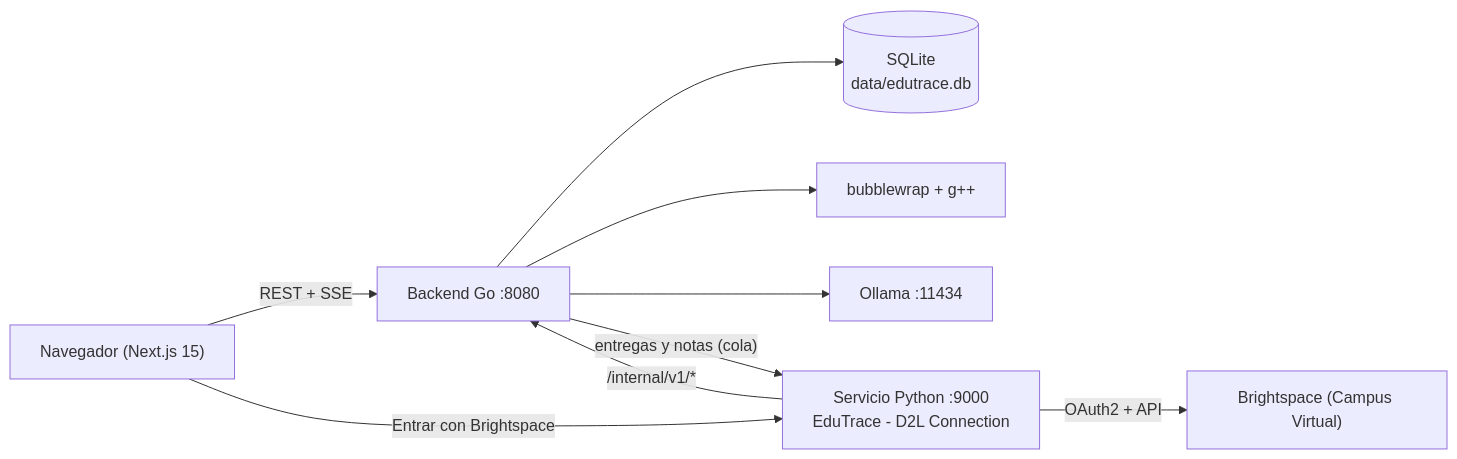
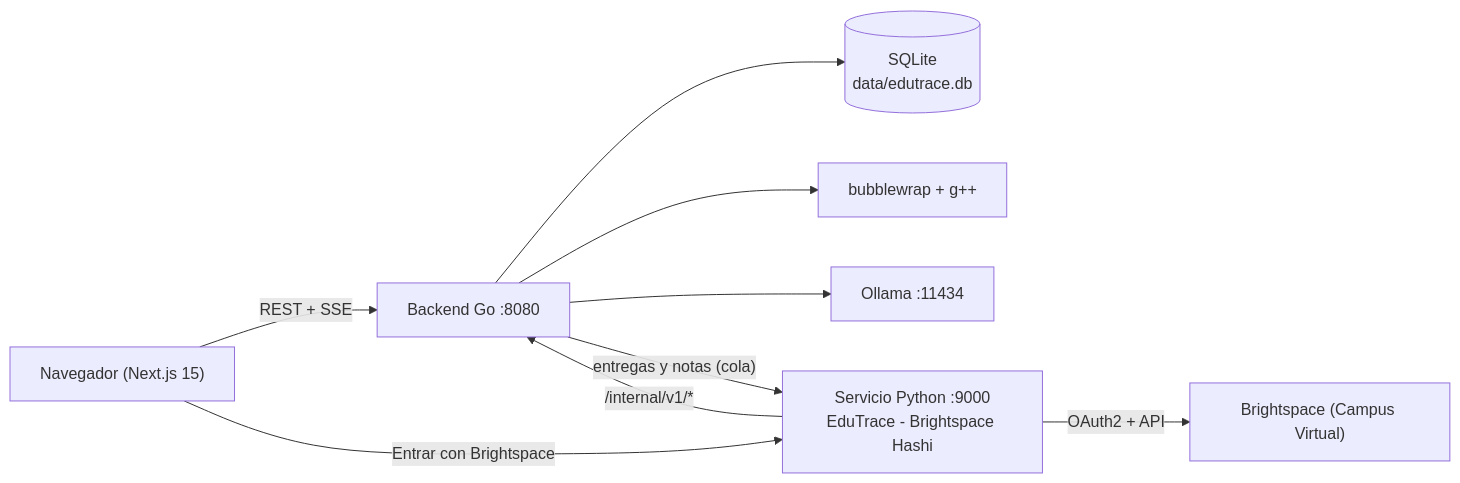
Before and after one commit to alejandrogonzalezo1055/EDU-TRACE: the diagram in README.md, drawn with Mermaid. The commit also changed other lines of this file, not shown here.

````diff
--- a/README.md
+++ b/README.md
@@ -77,11 +77,11 @@
 ```mermaid
 flowchart LR
     W["Navegador (Next.js 15)"] -->|"REST + SSE"| B["Backend Go :8080"]
     B --> D[("SQLite<br/>data/edutrace.db")]
     B --> S["bubblewrap + g++"]
     B --> O["Ollama :11434"]
-    W -->|"Entrar con Brightspace"| P["Servicio Python :9000<br/>EduTrace - D2L Connection"]
+    W -->|"Entrar con Brightspace"| P["Servicio Python :9000<br/>EduTrace - Brightspace Hashi"]
     P -->|"/internal/v1/*"| B
     B -->|"entregas y notas (cola)"| P
     P -->|"OAuth2 + API"| L["Brightspace (Campus Virtual)"]
 ```
````
